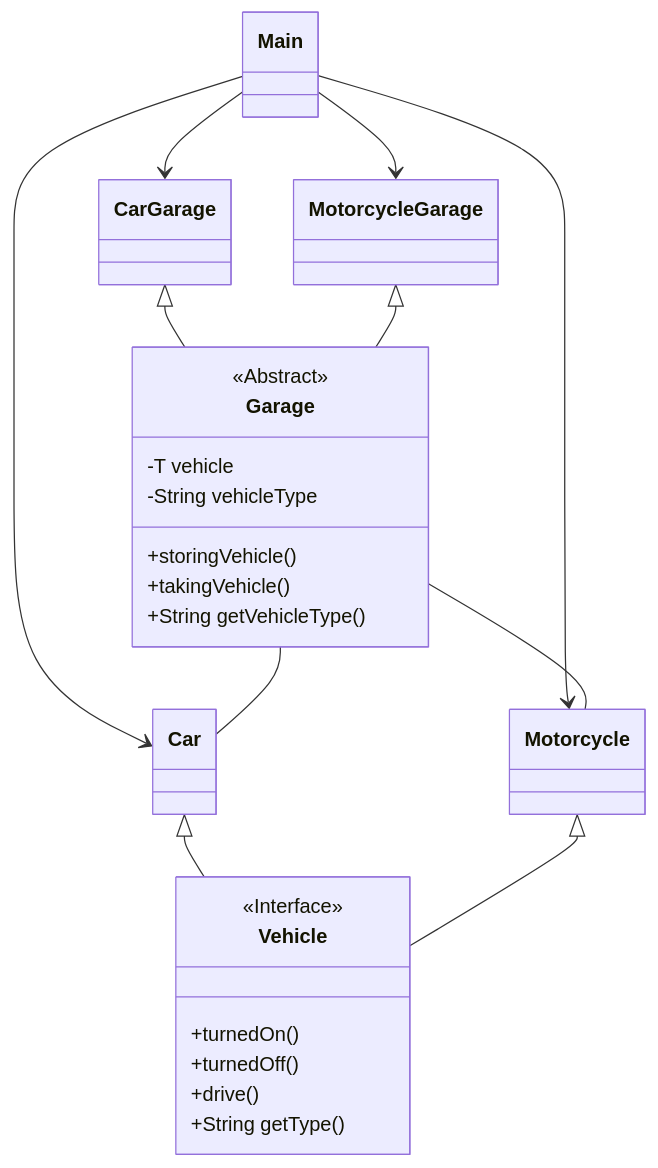
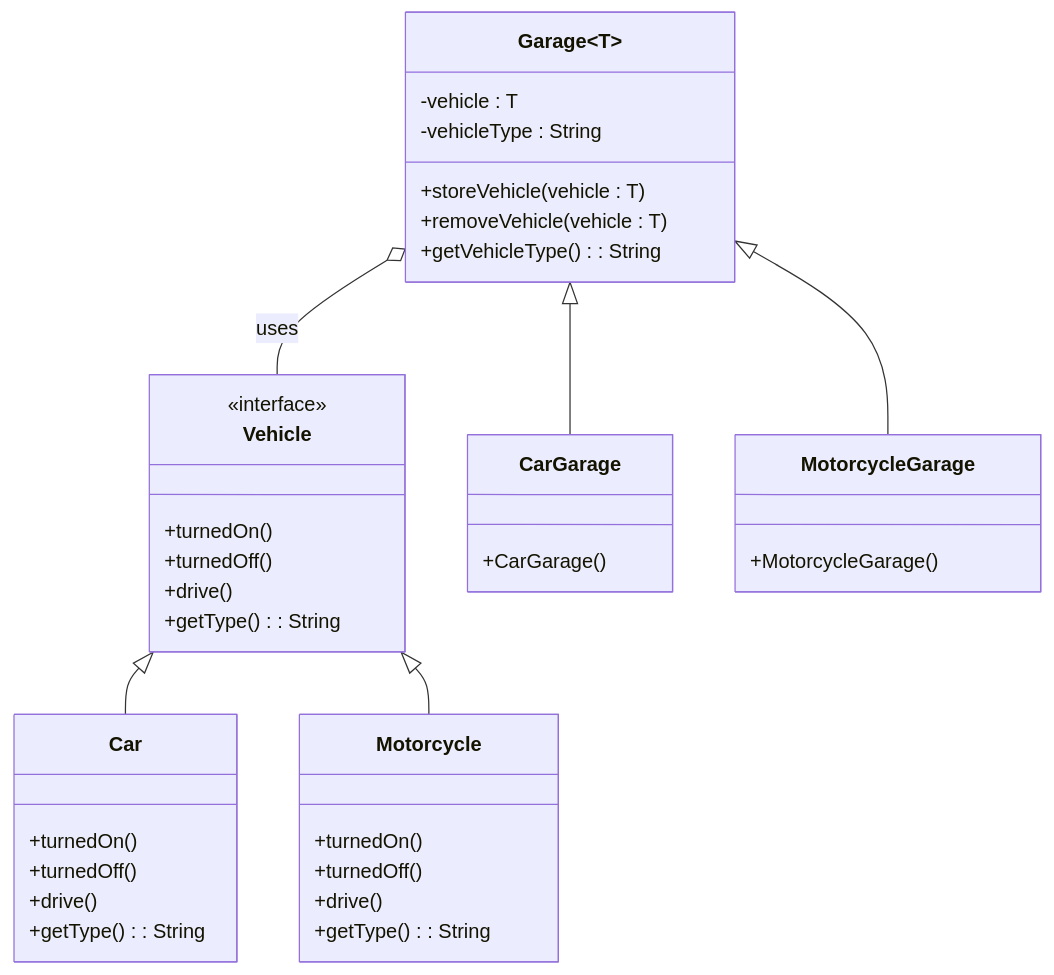
Before and after one commit to jmsmarcelo/gof-patterns-java: the diagram in README.md, drawn with Mermaid.

````diff
--- a/README.md
+++ b/README.md
@@ -40,38 +40,46 @@
 ```mermaid
 classDiagram
-   class Main
+    class Vehicle {
+        <<interface>>
+        +turnedOn()
+        +turnedOff()
+        +drive()
+        +getType() : String
+    }
 
-   class Vehicle {
-      <<Interface>>
-      +turnedOn()
-      +turnedOff()
-      +drive()
-      +String getType()
-   }
-   class Car
+    class Car {
+        +turnedOn()
+        +turnedOff()
+        +drive()
+        +getType() : String
+    }
 
-   class Motorcycle
+    class Motorcycle {
+        +turnedOn()
+        +turnedOff()
+        +drive()
+        +getType() : String
+    }
 
-   class Garage {
-      <<Abstract>>
-      -T vehicle
-      -String vehicleType
-      +storingVehicle()
-      +takingVehicle()
-      +String getVehicleType()
-   }
-   class CarGarage
+    class Garage~T~ {
+        -vehicle : T
+        -vehicleType : String
+        +storeVehicle(vehicle : T)
+        +removeVehicle(vehicle : T)
+        +getVehicleType() : String
+    }
 
-   class MotorcycleGarage
+    class CarGarage {
+        +CarGarage()
+    }
 
-   Main --> Car
-   Main --> Motorcycle
-   Main --> CarGarage
-   Main --> MotorcycleGarage
-   Car <|-- Vehicle
-   Motorcycle <|-- Vehicle
-   CarGarage <|-- Garage
-   MotorcycleGarage <|-- Garage
-   Garage -- Car
-   Garage -- Motorcycle
+    class MotorcycleGarage {
+        +MotorcycleGarage()
+    }
+
+    Vehicle <|-- Car
+    Vehicle <|-- Motorcycle
+    Garage o-- Vehicle : uses
+    Garage <|-- CarGarage
+    Garage <|-- MotorcycleGarage
 ```
````
